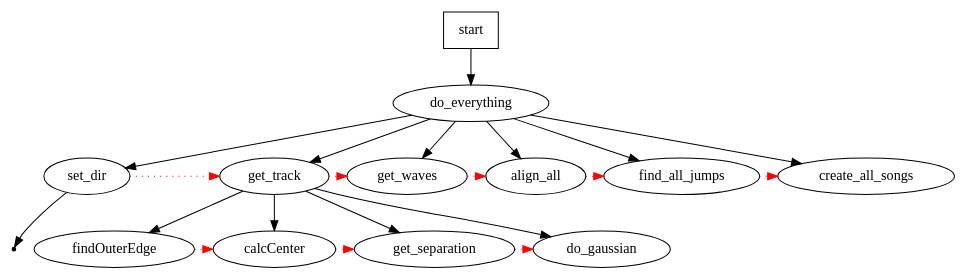
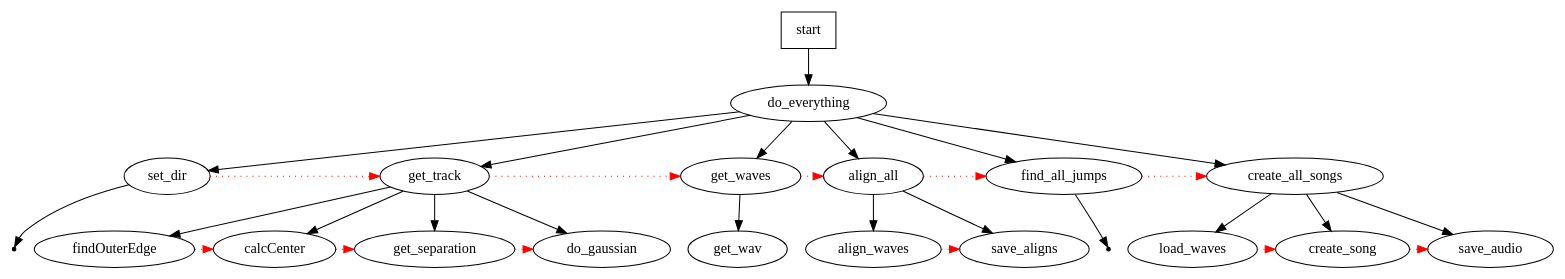
One commit to carlesso/shellac changed the diagram in diagrams/matlab.dot. Above: the diagram before and after it, drawn with Graphviz. The commit also changed 3 other files, not shown here.

Commit message:
Diagramming shellac...

```diff
--- a/diagrams/matlab.dot
+++ b/diagrams/matlab.dot
@@ -1,35 +1,49 @@
 digraph shellac{
 	
+	// Shape of special boxes
 	start[shape=box]
-	// end[shape=box]
-	stop[shape=point]
+	stop_0[shape=point]
+	stop_1[shape=point];
 	
 	// LIVELLO 0
 	start -> do_everything
 	
 	// LIVELLO 1
 	do_everything -> set_dir;
 	do_everything -> get_track;
 	do_everything -> get_waves;
 	do_everything -> align_all;
 	do_everything -> find_all_jumps;
 	do_everything -> create_all_songs;
 	
 	set_dir -> get_track -> get_waves -> align_all -> find_all_jumps -> 
 	create_all_songs [color=red, style=dotted, constraint=false];	
 	
 	// LIVELLO 2
-	set_dir->stop
+	set_dir->stop_0;
 	
 	get_track->findOuterEdge;
 	get_track->calcCenter;
 	get_track->get_separation;
 	get_track->do_gaussian;
 	
 	findOuterEdge ->calcCenter ->get_separation->do_gaussian 
 	[color=red, style=dotted, constraint=false];
 	
+	get_waves->get_wav;
+	
+	align_all->align_waves;
+	align_all->save_aligns;
+	
+	align_waves->save_aligns
+	[color=red, style=dotted, constraint=false];
+	
+	find_all_jumps->stop_1;
+	
+	create_all_songs->load_waves;
+	create_all_songs->create_song;
+	create_all_songs->save_audio;
 
-	
-	
+	load_waves->create_song->save_audio
+	[color=red, style=dotted, constraint=false];
 }
```
